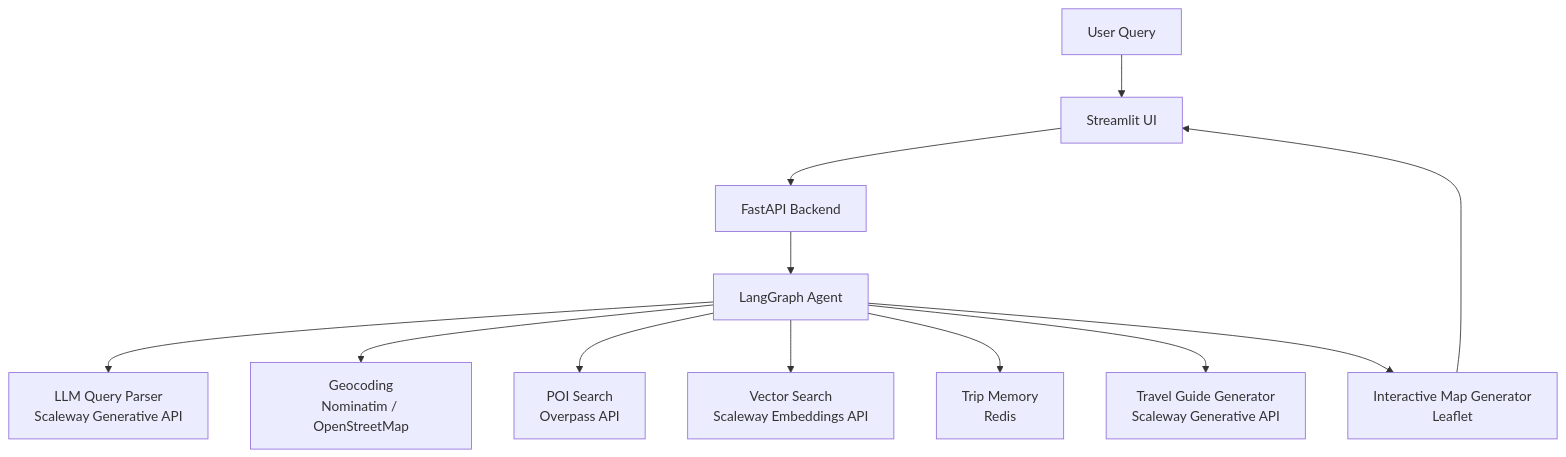
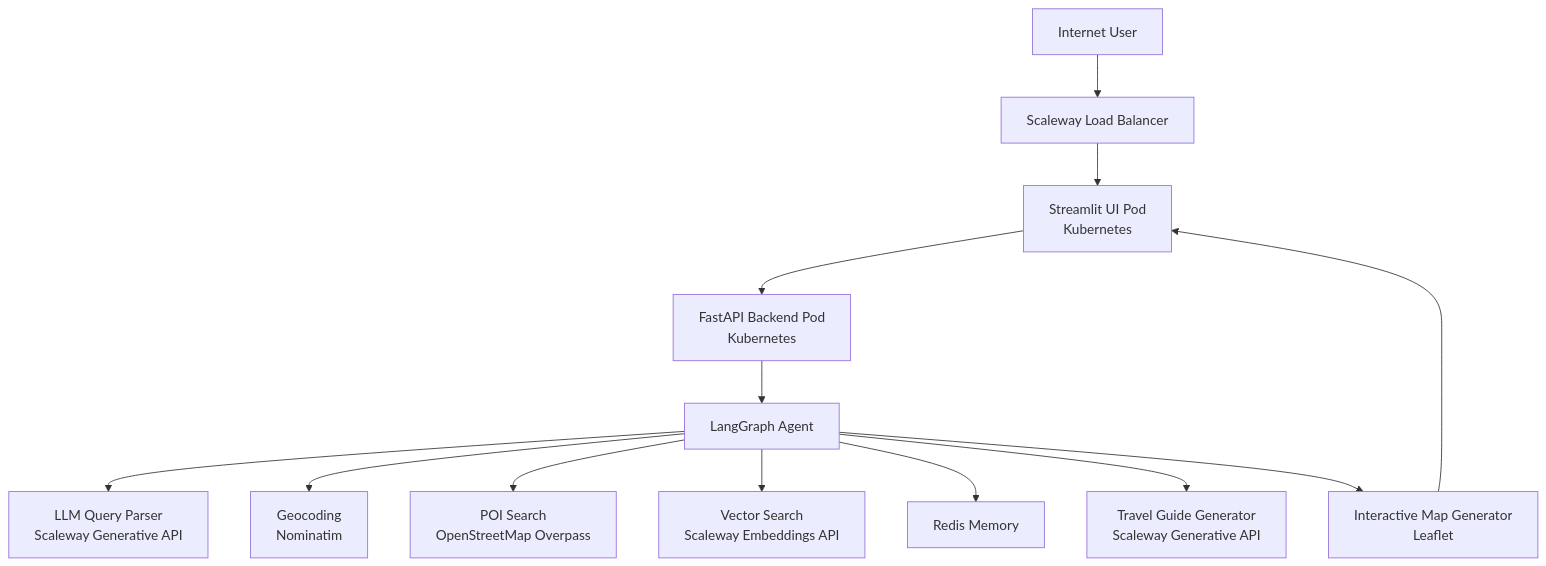
One commit to JWangSCW/personal_assistant changed the diagram in readme.md. Above: the diagram before and after it, drawn with Mermaid. The commit also changed other lines of this file, not shown here.

````diff
--- a/readme.md
+++ b/readme.md
@@ -56,27 +56,29 @@
 ``` mermaid
 flowchart TD
 
-    USER[User Query]
+    USER[Internet User]
 
-    USER --> UI[Streamlit UI]
+    USER --> LB[Scaleway Load Balancer]
 
-    UI --> API[FastAPI Backend]
+    LB --> UI[Streamlit UI Pod<br>Kubernetes]
+
+    UI --> API[FastAPI Backend Pod<br>Kubernetes]
 
     API --> AGENT[LangGraph Agent]
 
     AGENT --> PARSER[LLM Query Parser<br>Scaleway Generative API]
 
-    AGENT --> GEO[Geocoding<br>Nominatim / OpenStreetMap]
+    AGENT --> GEO[Geocoding<br>Nominatim]
 
-    AGENT --> POI[POI Search<br>Overpass API]
+    AGENT --> POI[POI Search<br>OpenStreetMap Overpass]
 
     AGENT --> VEC[Vector Search<br>Scaleway Embeddings API]
 
-    AGENT --> MEM[Trip Memory<br>Redis]
+    AGENT --> MEM[Redis Memory]
 
     AGENT --> LLM[Travel Guide Generator<br>Scaleway Generative API]
 
     AGENT --> MAP[Interactive Map Generator<br>Leaflet]
 
     MAP --> UI
 ```
````
